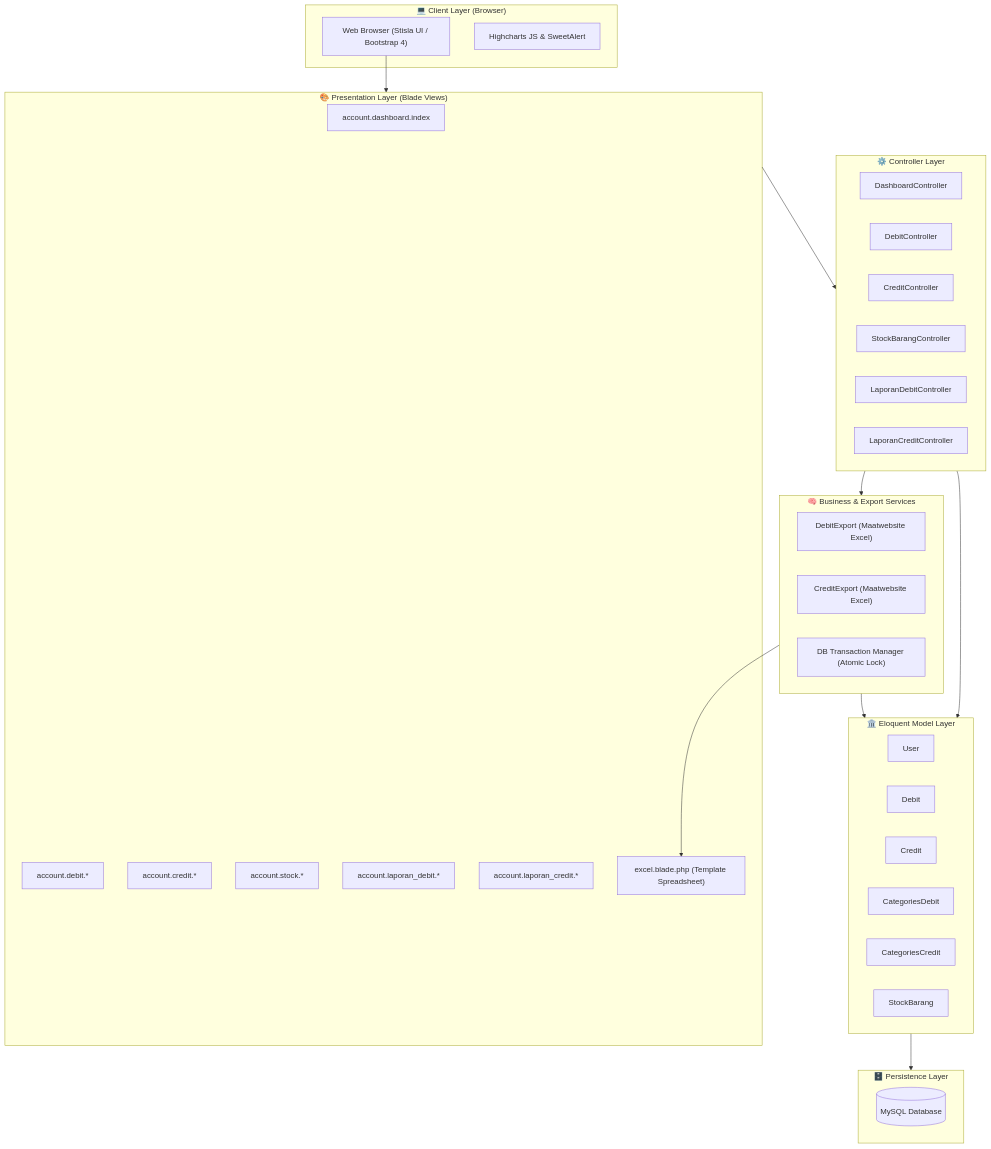
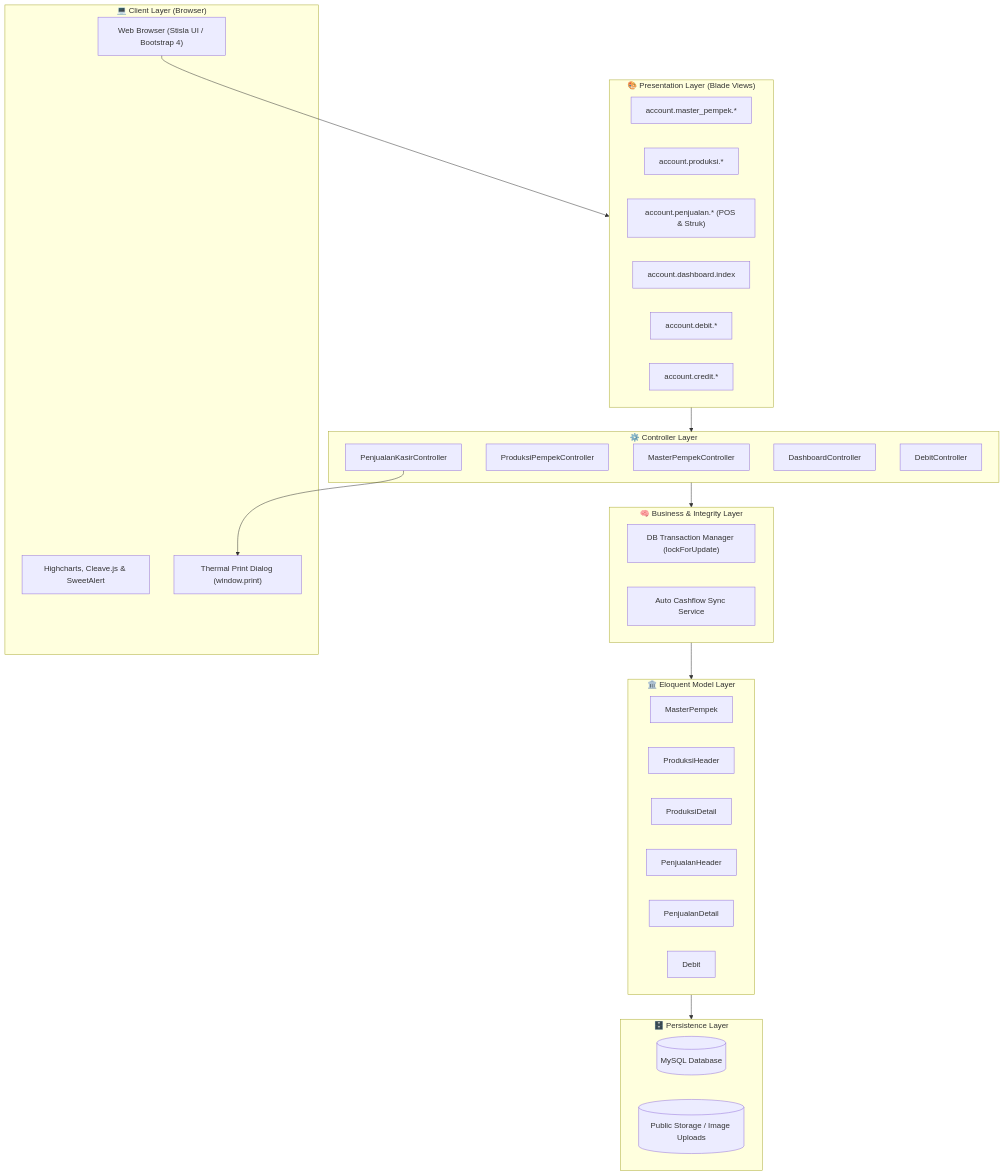
The sixth of 6 diagrams in docs/UML_DIAGRAM.md (yogamaulana11/manajemen-usaha), drawn with Mermaid before and after one commit. The commit also changed other lines of this file, not shown here.

Commit message:
docs: perbarui dokumentasi diagram UML dengan modul inventaris dan kasir pempek

````diff
--- a/docs/UML_DIAGRAM.md
+++ b/docs/UML_DIAGRAM.md
@@ -393,53 +396,51 @@
 ```mermaid
 flowchart TD
     subgraph Client["💻 Client Layer (Browser)"]
         UI["Web Browser (Stisla UI / Bootstrap 4)"]
-        JS["Highcharts JS & SweetAlert"]
+        JS["Highcharts, Cleave.js & SweetAlert"]
+        Print["Thermal Print Dialog (window.print)"]
     end
 
     subgraph Presentation["🎨 Presentation Layer (Blade Views)"]
+        V_Pempek["account.master_pempek.*"]
+        V_Prod["account.produksi.*"]
+        V_Penj["account.penjualan.* (POS & Struk)"]
         V_Dash["account.dashboard.index"]
         V_Debit["account.debit.*"]
         V_Credit["account.credit.*"]
-        V_Stock["account.stock.*"]
-        V_LapDebit["account.laporan_debit.*"]
-        V_LapCredit["account.laporan_credit.*"]
-        V_Excel["excel.blade.php (Template Spreadsheet)"]
     end
 
     subgraph ControllerLayer["⚙️ Controller Layer"]
+        C_Pempek["MasterPempekController"]
+        C_Prod["ProduksiPempekController"]
+        C_Penj["PenjualanKasirController"]
         C_Dash["DashboardController"]
         C_Debit["DebitController"]
-        C_Credit["CreditController"]
-        C_Stock["StockBarangController"]
-        C_LapDebit["LaporanDebitController"]
-        C_LapCredit["LaporanCreditController"]
     end
 
-    subgraph BusinessLayer["🧠 Business & Export Services"]
-        E_Debit["DebitExport (Maatwebsite Excel)"]
-        E_Credit["CreditExport (Maatwebsite Excel)"]
-        Tx["DB Transaction Manager (Atomic Lock)"]
+    subgraph BusinessLayer["🧠 Business & Integrity Layer"]
+        Tx["DB Transaction Manager (lockForUpdate)"]
+        SyncDebit["Auto Cashflow Sync Service"]
     end
 
     subgraph ModelLayer["🏛️ Eloquent Model Layer"]
-        M_User["User"]
+        M_Pempek["MasterPempek"]
+        M_ProdHead["ProduksiHeader"]
+        M_ProdDet["ProduksiDetail"]
+        M_PenjHead["PenjualanHeader"]
+        M_PenjDet["PenjualanDetail"]
         M_Debit["Debit"]
-        M_Credit["Credit"]
-        M_CatDebit["CategoriesDebit"]
-        M_CatCredit["CategoriesCredit"]
-        M_Stock["StockBarang"]
     end
 
     subgraph DataLayer["🗄️ Persistence Layer"]
         DB[(MySQL Database)]
+        Storage[(Public Storage / Image Uploads)]
     end
 
     UI --> Presentation
     Presentation --> ControllerLayer
     ControllerLayer --> BusinessLayer
     BusinessLayer --> ModelLayer
-    ControllerLayer --> ModelLayer
     ModelLayer --> DataLayer
-    BusinessLayer --> V_Excel
+    C_Penj --> Print
 ```
````
